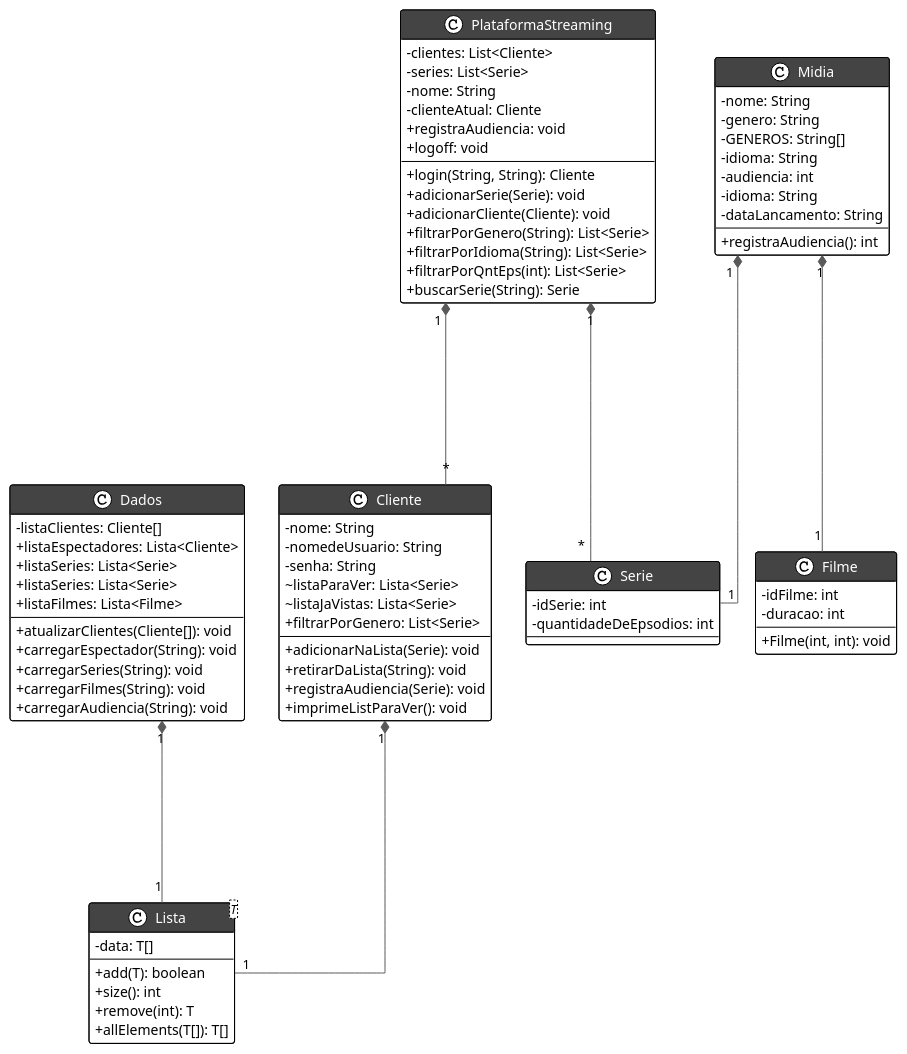
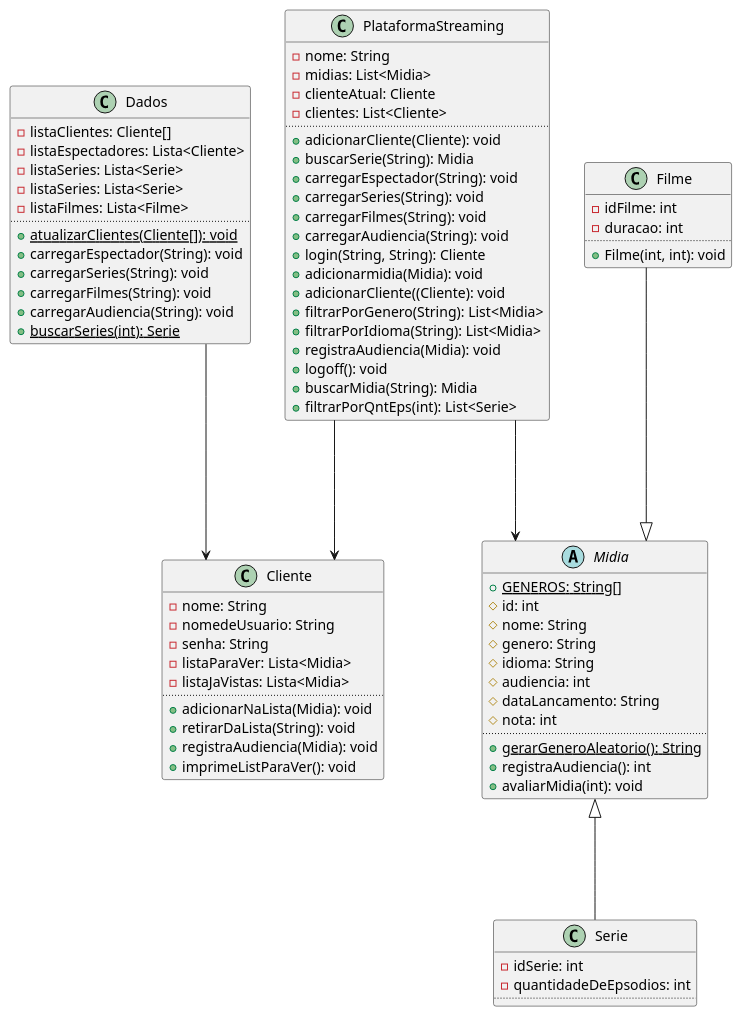
The diagram in docs/diagramas/UML.plantuml (DisciplinasProgramacao/lpm_projetos_3_4_5-grupo2), drawn with PlantUML before and after one commit. The commit also changed 2 other files, not shown here.

Commit message:
Update UML 2

```diff
--- a/docs/diagramas/UML.plantuml
+++ b/docs/diagramas/UML.plantuml
@@ -1,88 +1,88 @@
 @startuml
-
-!theme plain
-top to bottom direction
 skinparam linetype ortho
-skinparam classAttributeIconSize 0
-skinparam classFontColor automatic
-skinparam classHeaderBackgroundColor #444
 
 class Cliente {
   - nome: String
   - nomedeUsuario: String
   - senha: String
-  ~ listaParaVer: Lista<Serie>
-  ~ listaJaVistas: Lista<Serie>
-  + adicionarNaLista(Serie): void
+  - listaParaVer: Lista<Midia>
+  - listaJaVistas: Lista<Midia>
+  ..
+  + adicionarNaLista(Midia): void
   + retirarDaLista(String): void
-  + registraAudiencia(Serie): void
+  + registraAudiencia(Midia): void
   + imprimeListParaVer(): void
-  + filtrarPorGenero: List<Serie>
 }
 
 class Dados {
   - listaClientes: Cliente[]
-  + listaEspectadores: Lista<Cliente>
-  + listaSeries: Lista<Serie>
-  + listaSeries: Lista<Serie>
-  + listaFilmes: Lista<Filme>
-  + atualizarClientes(Cliente[]): void
+  - listaEspectadores: Lista<Cliente>
+  - listaSeries: Lista<Serie>
+  - listaSeries: Lista<Serie>
+  - listaFilmes: Lista<Filme>
+  ..
+  + {static} atualizarClientes(Cliente[]): void
   + carregarEspectador(String): void
   + carregarSeries(String): void
   + carregarFilmes(String): void
   + carregarAudiencia(String): void
+  + {static} buscarSeries(int): Serie
+}
+
+abstract class Midia {
+  + {static} GENEROS: String[]
+  # id: int
+  # nome: String
+  # genero: String
+  # idioma: String
+  # audiencia: int
+  # dataLancamento: String
+  # nota: int
+  ..
+  + {static} gerarGeneroAleatorio(): String
+  + registraAudiencia(): int
+  + avaliarMidia(int): void
 }
 
 class Filme{
   - idFilme: int
   - duracao: int
+  ..
   +Filme(int, int): void
-}
-
-class Midia {
-  - nome: String
-  - genero: String
-  - GENEROS: String[]
-  - idioma: String
-  - audiencia: int
-  - idioma: String
-  - dataLancamento: String
-  + registraAudiencia(): int
-}
-
-class Lista<T> {
-  - data: T[]
-  + add(T): boolean
-  + size(): int
-  + remove(int): T
-  + allElements(T[]): T[]
-}
-
-class PlataformaStreaming {
-  - clientes: List<Cliente>
-  - series: List<Serie>
-  - nome: String
-  - clienteAtual: Cliente
-  + login(String, String): Cliente
-  + adicionarSerie(Serie): void
-  + adicionarCliente(Cliente): void
-  + filtrarPorGenero(String): List<Serie>
-  + filtrarPorIdioma(String): List<Serie>
-  + filtrarPorQntEps(int): List<Serie>
-  + registraAudiencia: void
-  + logoff: void
-  + buscarSerie(String): Serie
 }
 
 class Serie {
   - idSerie: int
   - quantidadeDeEpsodios: int
+  ..
 }
 
-Cliente             "1" *--[#595959,plain]-- "1" Lista
-Dados        "1" *--[#595959,plain]-- "1" Lista
-Midia        "1" *--[#595959,plain]-- "1" Filme
-Midia        "1" *--[#595959,plain]-- "1" Serie
-PlataformaStreaming "1" *--[#595959,plain]-- "*" Cliente
-PlataformaStreaming "1" *--[#595959,plain]-- "*" Serie
+class PlataformaStreaming {
+  - nome: String
+  - midias: List<Midia>
+  - clienteAtual: Cliente
+  - clientes: List<Cliente>
+  ..
+  + adicionarCliente(Cliente): void
+  + buscarSerie(String): Midia
+  + carregarEspectador(String): void
+  + carregarSeries(String): void
+  + carregarFilmes(String): void
+  + carregarAudiencia(String): void
+  + login(String, String): Cliente
+  + adicionarmidia(Midia): void
+  + adicionarCliente((Cliente): void
+  + filtrarPorGenero(String): List<Midia>
+  + filtrarPorIdioma(String): List<Midia>
+  + registraAudiencia(Midia): void
+  + logoff(): void
+  + buscarMidia(String): Midia
+  + filtrarPorQntEps(int): List<Serie>
+}
+
+Filme ---|> Midia
+Midia <|--- Serie
+Dados ---> Cliente
+PlataformaStreaming ---> Midia
+PlataformaStreaming ---> Cliente
 @enduml
```
